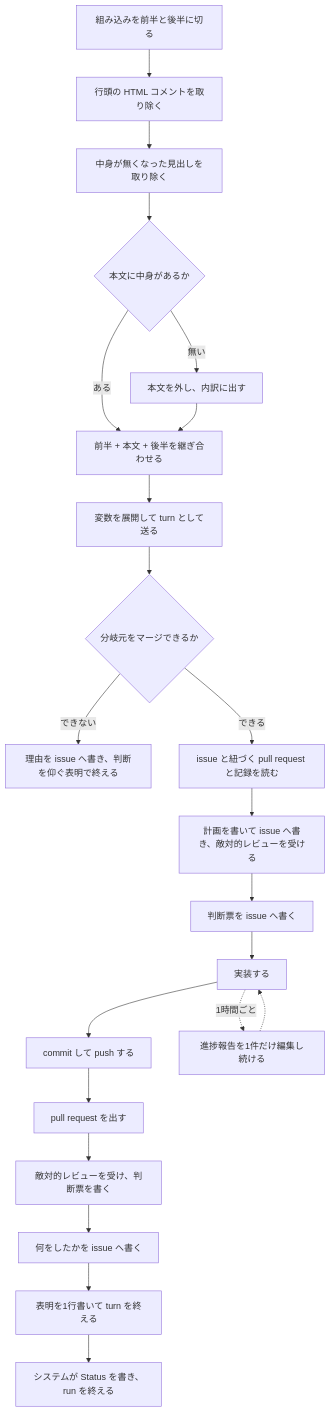
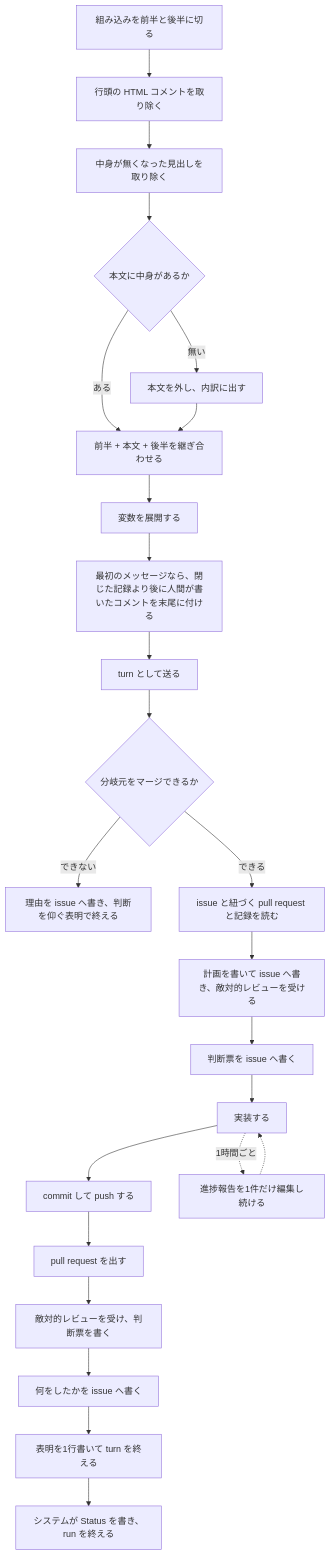
The second of 2 diagrams in docs/spec/usecases/particular_case/指示書に沿って issue を1件仕上げる.rucm.md (maimuzo/continuo), drawn with Mermaid before and after one commit. The commit also changed other lines of this file and 84 other files, not shown here.

````diff
--- a/docs/spec/usecases/particular_case/指示書に沿って issue を1件仕上げる.rucm.md
+++ b/docs/spec/usecases/particular_case/指示書に沿って issue を1件仕上げる.rucm.md
@@ -185,23 +197,25 @@
 ```mermaid
 flowchart TD
     A["組み込みを前半と後半に切る"] --> B["行頭の HTML コメントを取り除く"]
     B --> C["中身が無くなった見出しを取り除く"]
     C --> D{"本文に中身があるか"}
     D -->|ある| E["前半 + 本文 + 後半を継ぎ合わせる"]
     D -->|無い| F["本文を外し、内訳に出す"] --> E
-    E --> G["変数を展開して turn として送る"]
+    E --> G1["変数を展開する"]
+    G1 --> G1B["最初のメッセージなら、閉じた記録より後に人間が書いたコメントを末尾に付ける"]
+    G1B --> G["turn として送る"]
     G --> G2{"分岐元をマージできるか"}
     G2 -->|できない| G3["理由を issue へ書き、判断を仰ぐ表明で終える"]
     G2 -->|できる| H["issue と紐づく pull request と記録を読む"]
     H --> I["計画を書いて issue へ書き、敵対的レビューを受ける"]
     I --> J["判断票を issue へ書く"]
     J --> K["実装する"]
     K --> L["commit して push する"]
     L --> M["pull request を出す"]
     M --> N["敵対的レビューを受け、判断票を書く"]
     N --> O["何をしたかを issue へ書く"]
     O --> P["表明を1行書いて turn を終える"]
     P --> Q["システムが Status を書き、run を終える"]
     K -. "1時間ごと" .-> R["進捗報告を1件だけ編集し続ける"]
     R -.-> K
 ```
````
